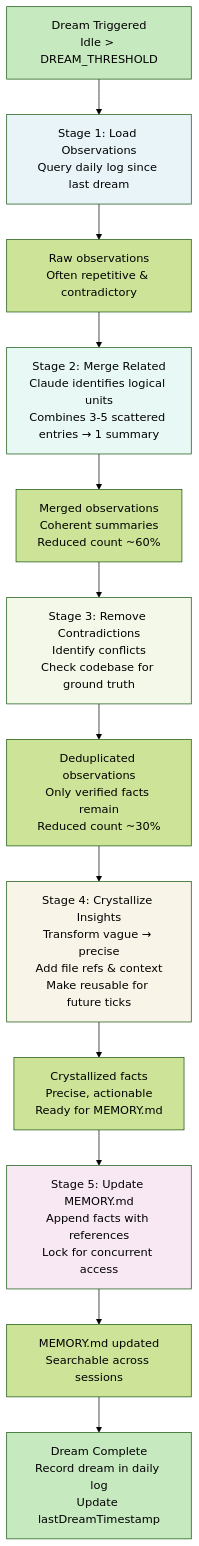
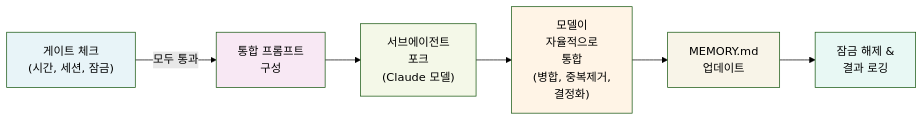
One commit to hi-space/claude-code-unpack-docs changed the fourth of 6 diagrams in docs/deep/ko/agents/kairos.md. Above: the diagram before and after it, drawn with Mermaid (forest theme). The commit also changed other lines of this file and 51 other files, not shown here.

````diff
--- a/docs/deep/ko/agents/kairos.md
+++ b/docs/deep/ko/agents/kairos.md
@@ -184,41 +193,15 @@
 ```mermaid
-graph TD
-    Start["Dream Triggered<br/>Idle > DREAM_THRESHOLD"]
+graph LR
+    A["게이트 체크<br/>(시간, 세션, 잠금)"] -->|"모두 통과"| B["통합 프롬프트<br/>구성"]
+    B --> C["서브에이전트<br/>포크<br/>(Claude 모델)"]
+    C --> D["모델이<br/>자율적으로<br/>통합<br/>(병합, 중복제거,<br/>결정화)"]
+    D --> E["MEMORY.md<br/>업데이트"]
+    E --> F["잠금 해제 &<br/>결과 로깅"]
     
-    Load["Stage 1: Load Observations<br/>Query daily log since last dream"]
-    LoadOut["Raw observations<br/>Often repetitive & contradictory"]
-    
-    Merge["Stage 2: Merge Related<br/>Claude identifies logical units<br/>Combines 3-5 scattered entries → 1 summary"]
-    MergeOut["Merged observations<br/>Coherent summaries<br/>Reduced count ~60%"]
-    
-    Dedup["Stage 3: Remove Contradictions<br/>Identify conflicts<br/>Check codebase for ground truth"]
-    DedupOut["Deduplicated observations<br/>Only verified facts remain<br/>Reduced count ~30%"]
-    
-    Crystal["Stage 4: Crystallize Insights<br/>Transform vague → precise<br/>Add file refs & context<br/>Make reusable for future ticks"]
-    CrystalOut["Crystallized facts<br/>Precise, actionable<br/>Ready for MEMORY.md"]
-    
-    Update["Stage 5: Update MEMORY.md<br/>Append facts with references<br/>Lock for concurrent access"]
-    UpdateOut["MEMORY.md updated<br/>Searchable across sessions"]
-    
-    Complete["Dream Complete<br/>Record dream in daily log<br/>Update lastDreamTimestamp"]
-    
-    Start --> Load
-    Load --> LoadOut
-    LoadOut --> Merge
-    Merge --> MergeOut
-    MergeOut --> Dedup
-    Dedup --> DedupOut
-    DedupOut --> Crystal
-    Crystal --> CrystalOut
-    CrystalOut --> Update
-    Update --> UpdateOut
-    UpdateOut --> Complete
-    
-    style Start fill:#c7e9c0
-    style Load fill:#e8f4f8
-    style Merge fill:#e8f8f4
-    style Dedup fill:#f4f8e8
-    style Crystal fill:#f8f4e8
-    style Update fill:#f8e8f4
-    style Complete fill:#c7e9c0
+    style A fill:#e8f4f8
+    style B fill:#f8e8f4
+    style C fill:#f4f8e8
+    style D fill:#fff4e6
+    style E fill:#f8f4e8
+    style F fill:#e8f8f4
 ```
````
